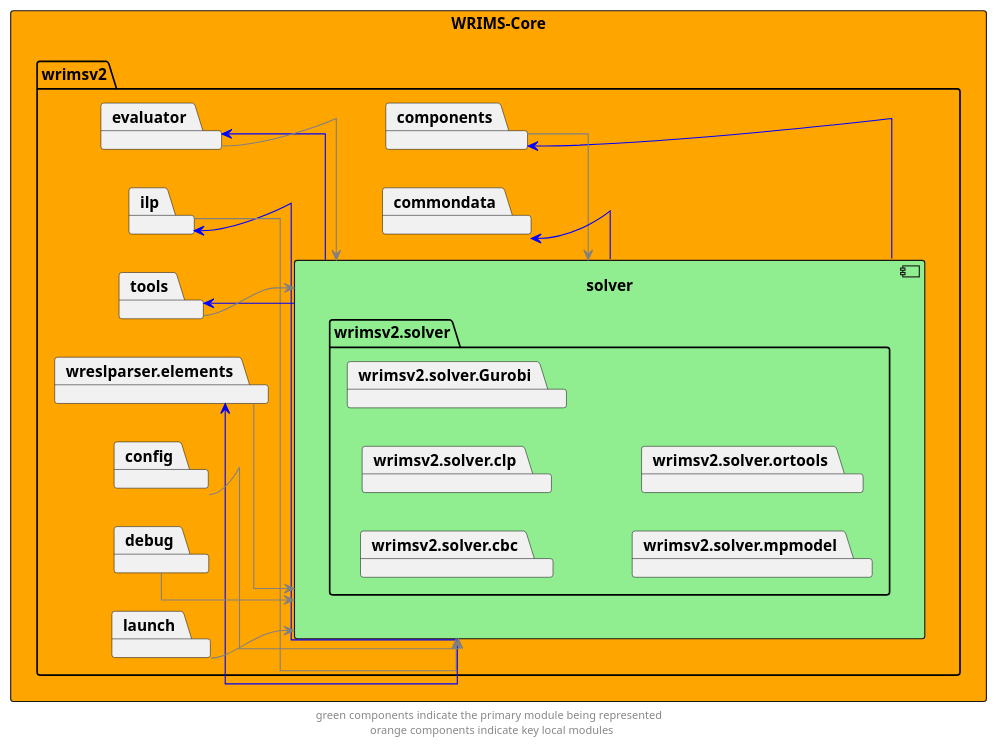
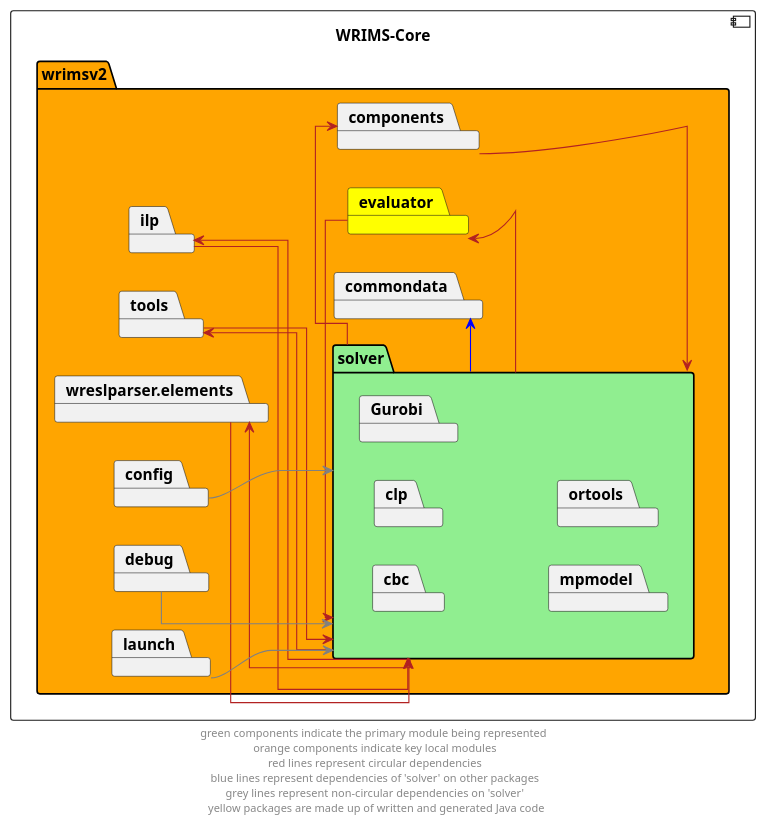
One commit to CentralValleyModeling/wrims changed the diagram in docs/diagrams/wrims-core/wrims-core_solver.puml. Above: the diagram before and after it, drawn with PlantUML. The commit also changed 63 other files, not shown here.

First line of the commit message:
Updated diagrams for improved consistency and legibility (#226)

```diff
--- a/docs/diagrams/wrims-core/wrims-core_solver.puml
+++ b/docs/diagrams/wrims-core/wrims-core_solver.puml
@@ -1,54 +1,47 @@
 @startuml
 left to right direction
 skinparam linetype ortho
 
-rectangle wrims_core as "WRIMS-Core" #orange {
-        package wrimsv2{
-            package solver {
-                component solver #lightgreen {
-                    package wrimsv2.solver{
-                    package wrimsv2.solver.cbc
-                    package wrimsv2.solver.clp
-                    package wrimsv2.solver.Gurobi
-                    package wrimsv2.solver.mpmodel
-                    package wrimsv2.solver.ortools
-                }
-            }
+component wrims_core as "WRIMS-Core"{
+    package wrimsv2 #orange {
+        package solver #lightgreen {
+            package cbc
+            package clp
+            package Gurobi
+            package mpmodel
+            package ortools
         }
         package commondata
         package components
-        package evaluator
+        package evaluator #yellow
         package ilp
         package tools
         package wreslparser.elements
-
-
         package config
         package debug
-
         package launch
     }
 }
 
-solver -left->  components #blue
-components -left-> solver #grey
-solver -left->  evaluator #blue
-evaluator --> solver #grey
-solver -left->  ilp #blue
-ilp --> solver #grey
-solver -left->  tools #blue
-tools --> solver #grey
-solver -left->  wreslparser.elements #blue
-wreslparser.elements --> solver #grey
+solver -left->  components #firebrick
+components -left-> solver #firebrick
+solver -left->  evaluator #firebrick
+evaluator -r-> solver #firebrick
+solver -left->  ilp #firebrick
+ilp --> solver #firebrick
+solver -left->  tools #firebrick
+tools --> solver #firebrick
+solver -left->  wreslparser.elements #firebrick
+wreslparser.elements --> solver #firebrick
 
 solver -left->  commondata #blue
 
 config --> solver #grey
 debug --> solver #grey
 launch --> solver #grey
 
 ' The following relationships are hidden and used to format the diagram. They do not represent actual dependencies.
 'debug -r[hidden]-> evaluator
 
-footer "green components indicate the primary module being represented \n orange components indicate key local modules"
+footer "green components indicate the primary module being represented \n orange components indicate key local modules \n red lines represent circular dependencies \n blue lines represent dependencies of 'solver' on other packages \n grey lines represent non-circular dependencies on 'solver' \n yellow packages are made up of written and generated Java code"
 @enduml
```
